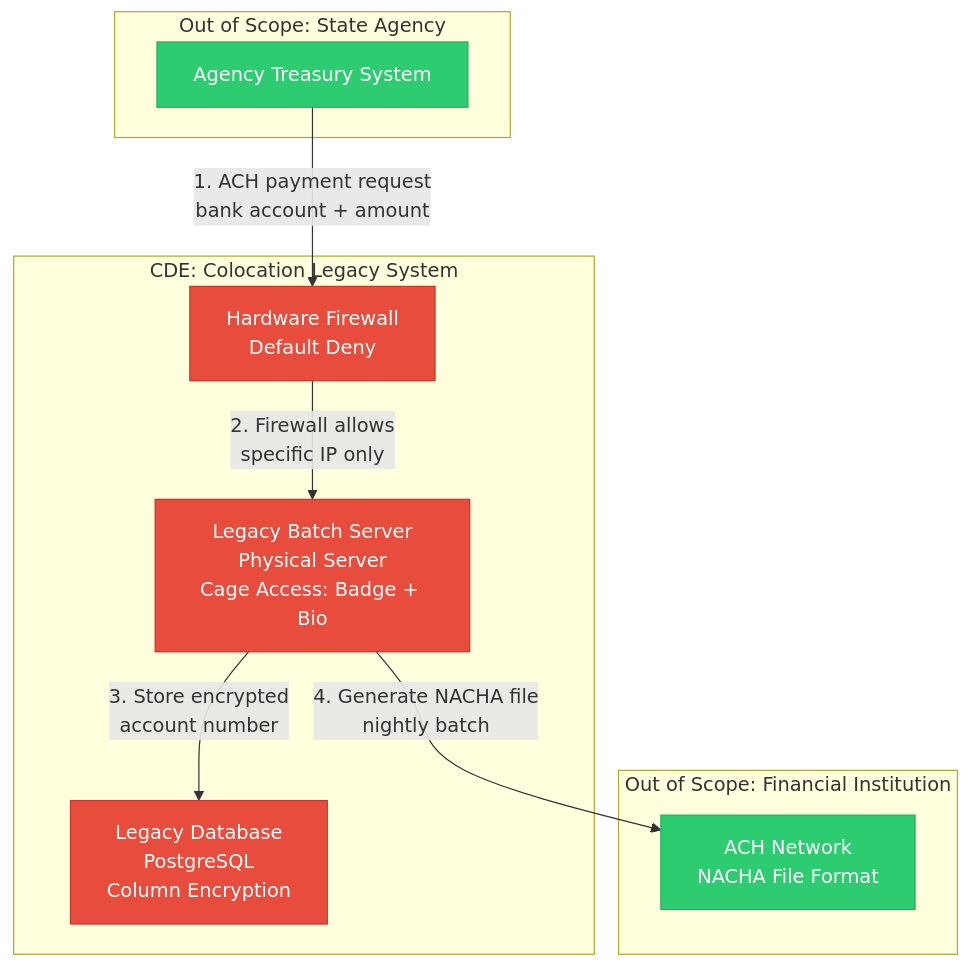
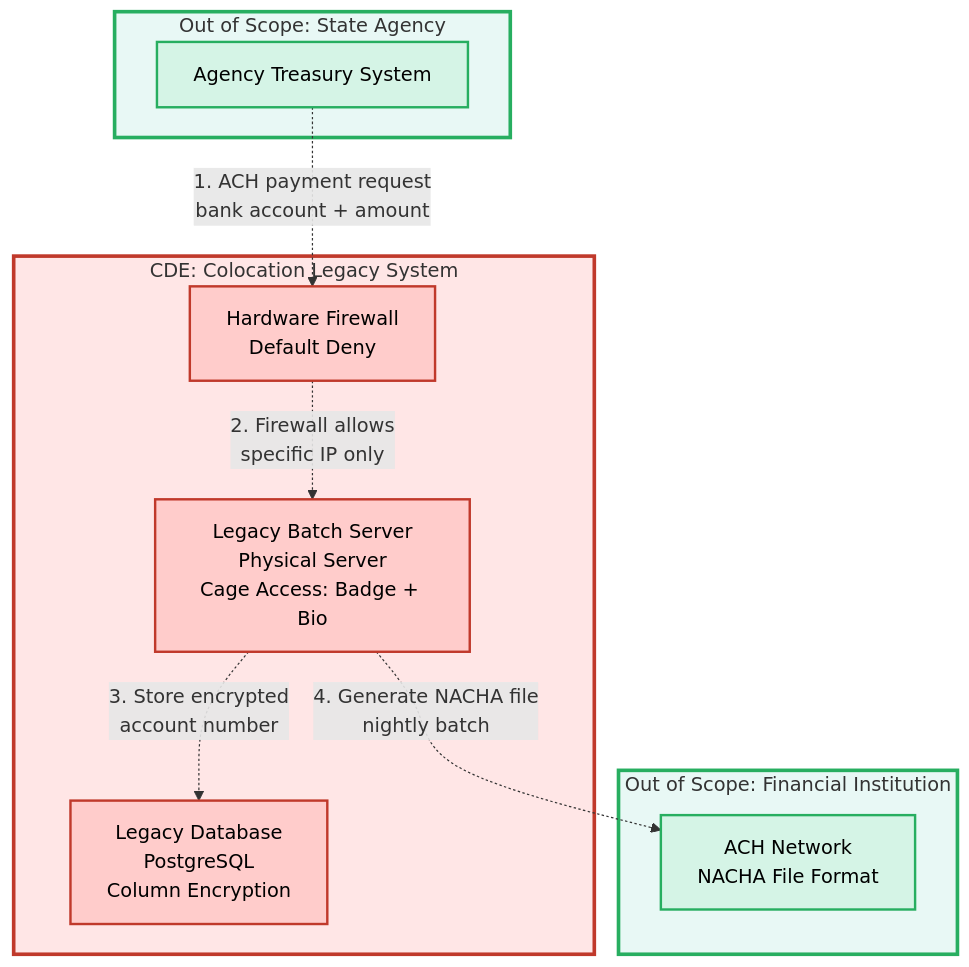
One commit to Josephkamara/audit-defense-portfolio changed the third of 3 diagrams in projects/payment-processor-compliance-program/01-scoping/cardholder-data-flow.md. Above: the diagram before and after it, drawn with Mermaid. The commit also changed other lines of this file, not shown here.

First line of the commit message:
Fix diagram colors, line types, and layout to match legend

````diff
--- a/projects/payment-processor-compliance-program/01-scoping/cardholder-data-flow.md
+++ b/projects/payment-processor-compliance-program/01-scoping/cardholder-data-flow.md
@@ -106,27 +121,33 @@
 ```mermaid
 graph TB
-    subgraph "Out of Scope: State Agency"
+    subgraph agency3["Out of Scope: State Agency"]
         A["Agency Treasury System"]
     end
     
-    subgraph "CDE: Colocation Legacy System"
+    subgraph colo["CDE: Colocation Legacy System"]
+        D["Hardware Firewall<br/>Default Deny"]
         B["Legacy Batch Server<br/>Physical Server<br/>Cage Access: Badge + Bio"]
         C["Legacy Database<br/>PostgreSQL<br/>Column Encryption"]
-        D["Hardware Firewall<br/>Default Deny"]
     end
     
-    subgraph "Out of Scope: Financial Institution"
+    subgraph ach["Out of Scope: Financial Institution"]
         E["ACH Network<br/>NACHA File Format"]
     end
     
-    A -->|"1. ACH payment request<br/>bank account + amount"| D
-    D -->|"2. Firewall allows<br/>specific IP only"| B
-    B -->|"3. Store encrypted<br/>account number"| C
-    B -->|"4. Generate NACHA file<br/>nightly batch"| E
+    A -.->|"1. ACH payment request<br/>bank account + amount"| D
+    D -.->|"2. Firewall allows<br/>specific IP only"| B
+    B -.->|"3. Store encrypted<br/>account number"| C
+    B -.->|"4. Generate NACHA file<br/>nightly batch"| E
     
-    style B fill:#e74c3c,stroke:#c0392b,color:#fff
-    style C fill:#e74c3c,stroke:#c0392b,color:#fff
-    style D fill:#e74c3c,stroke:#c0392b,color:#fff
-    style A fill:#2ecc71,stroke:#27ae60,color:#fff
-    style E fill:#2ecc71,stroke:#27ae60,color:#fff
+    classDef cdeNode fill:#ffcccb,stroke:#c0392b,stroke-width:2px,color:#000
+    classDef outOfScopeNode fill:#d5f4e6,stroke:#27ae60,stroke-width:2px,color:#000
+    
+    class B,C,D cdeNode
+    class A,E outOfScopeNode
+    
+    classDef cdeSubgraph fill:#ffe6e6,stroke:#c0392b,stroke-width:3px
+    classDef outOfScopeSubgraph fill:#e8f8f5,stroke:#27ae60,stroke-width:3px
+    
+    class colo cdeSubgraph
+    class agency3,ach outOfScopeSubgraph
 ```
````
